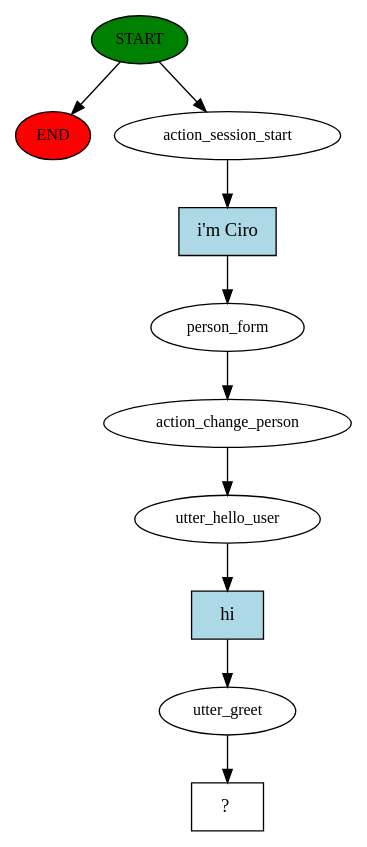
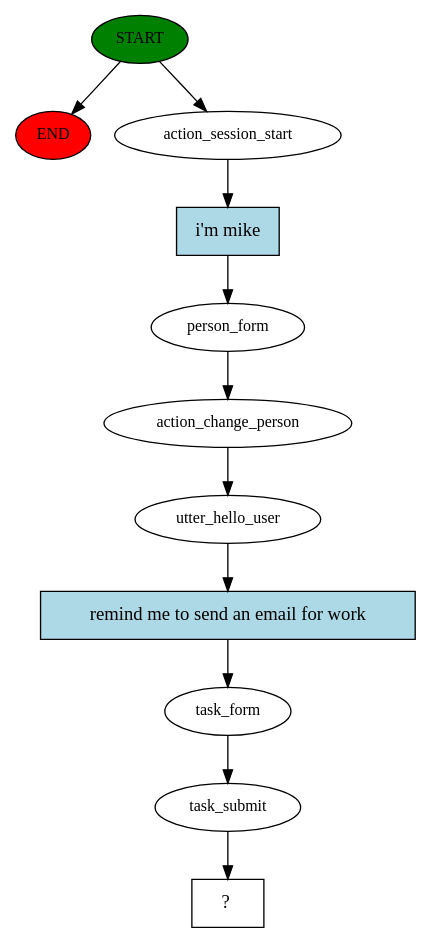
One commit to scov8/TO-DO_List changed the diagram in chatbot/story_graph.dot. Above: the diagram before and after it, drawn with Graphviz. The commit also changed 5 other files, not shown here.

```diff
--- a/chatbot/story_graph.dot
+++ b/chatbot/story_graph.dot
@@ -1,21 +1,23 @@
 digraph  {
 0 [class="start active", fillcolor=green, fontsize=12, label=START, style=filled];
 "-1" [class=end, fillcolor=red, fontsize=12, label=END, style=filled];
 1 [class=active, fontsize=12, label=action_session_start];
 2 [class=active, fontsize=12, label=person_form];
 3 [class=active, fontsize=12, label=action_change_person];
 4 [class=active, fontsize=12, label=utter_hello_user];
-5 [class=active, fontsize=12, label=utter_greet];
-6 [class="intent dashed active", label="  ?  ", shape=rect];
-7 [class="intent active", fillcolor=lightblue, label="i'm Ciro", shape=rect, style=filled];
-8 [class="intent active", fillcolor=lightblue, label=hi, shape=rect, style=filled];
+5 [class=active, fontsize=12, label=task_form];
+6 [class=active, fontsize=12, label=task_submit];
+7 [class="intent dashed active", label="  ?  ", shape=rect];
+8 [class="intent active", fillcolor=lightblue, label="i'm mike", shape=rect, style=filled];
+9 [class="intent active", fillcolor=lightblue, label="remind me to send an email for work", shape=rect, style=filled];
 0 -> "-1"  [class="", key=NONE, label=""];
 0 -> 1  [class=active, key=NONE, label=""];
-1 -> 7  [class=active, key=0];
+1 -> 8  [class=active, key=0];
 2 -> 3  [class=active, key=NONE, label=""];
 3 -> 4  [class=active, key=NONE, label=""];
-4 -> 8  [class=active, key=0];
+4 -> 9  [class=active, key=0];
 5 -> 6  [class=active, key=NONE, label=""];
-7 -> 2  [class=active, key=0];
-8 -> 5  [class=active, key=0];
+6 -> 7  [class=active, key=NONE, label=""];
+8 -> 2  [class=active, key=0];
+9 -> 5  [class=active, key=0];
 }
```
